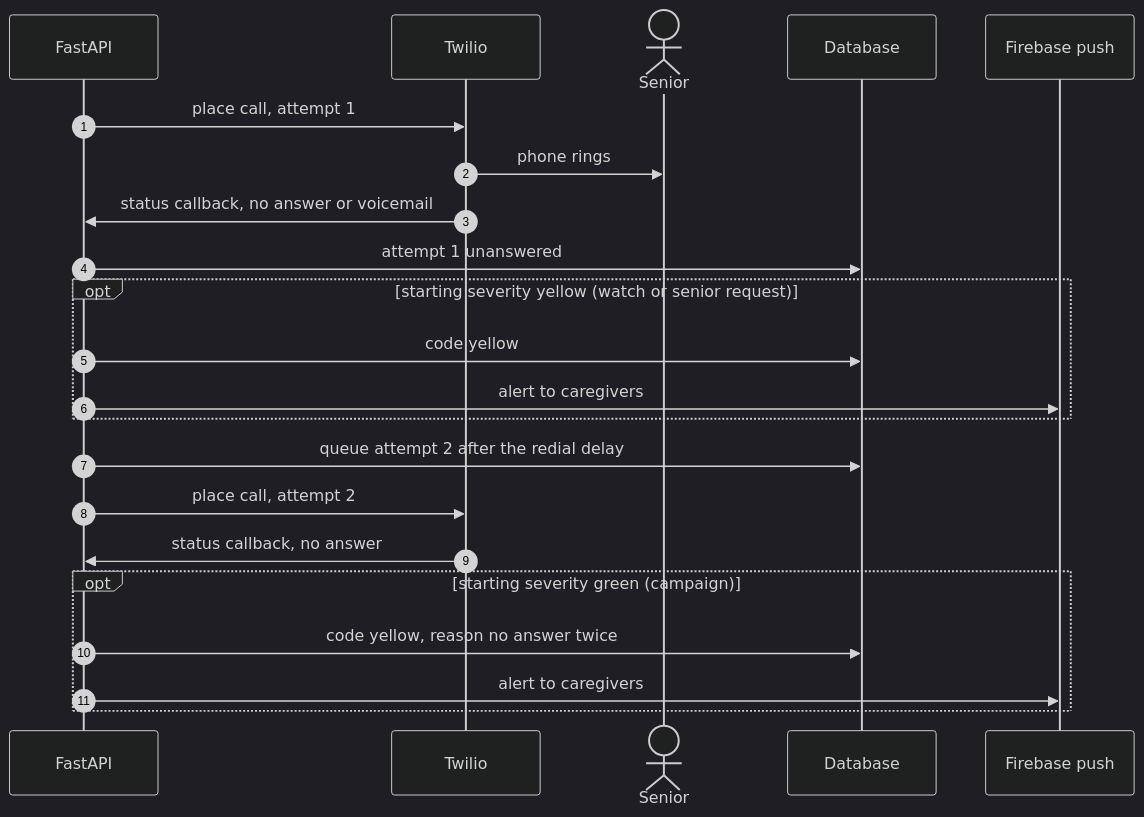
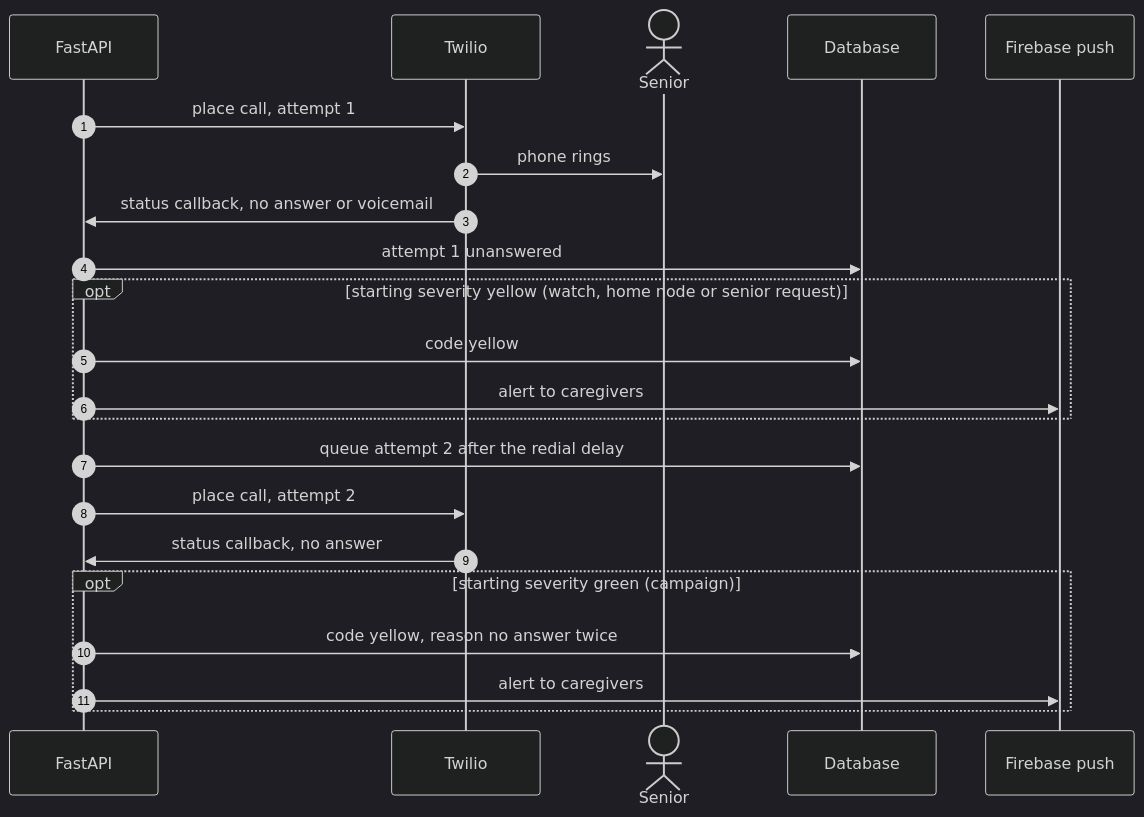
The fifth of 8 diagrams in docs/specs/sentinela/02-use-cases.md (paulhondola/EchoCare), drawn with Mermaid (dark theme) before and after one commit. The commit also changed other lines of this file and 6 other files, not shown here.

Commit message:
docs(spec): add home node, watch fall detection and room temperature check (P19-P22)

````diff
--- a/docs/specs/sentinela/02-use-cases.md
+++ b/docs/specs/sentinela/02-use-cases.md
@@ -373,25 +404,25 @@
 ```mermaid
 sequenceDiagram
     autonumber
     participant F as FastAPI
     participant T as Twilio
     actor S as Senior
     participant DB as Database
     participant P as Firebase push
 
     F->>T: place call, attempt 1
     T->>S: phone rings
     T->>F: status callback, no answer or voicemail
     F->>DB: attempt 1 unanswered
-    opt starting severity yellow (watch or senior request)
+    opt starting severity yellow (watch, home node or senior request)
         F->>DB: code yellow
         F->>P: alert to caregivers
     end
     F->>DB: queue attempt 2 after the redial delay
     F->>T: place call, attempt 2
     T->>F: status callback, no answer
     opt starting severity green (campaign)
         F->>DB: code yellow, reason no answer twice
         F->>P: alert to caregivers
     end
 ```
````
